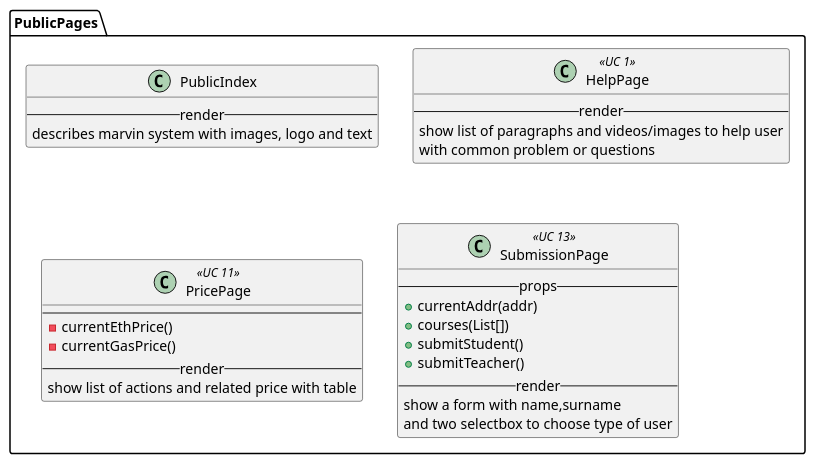
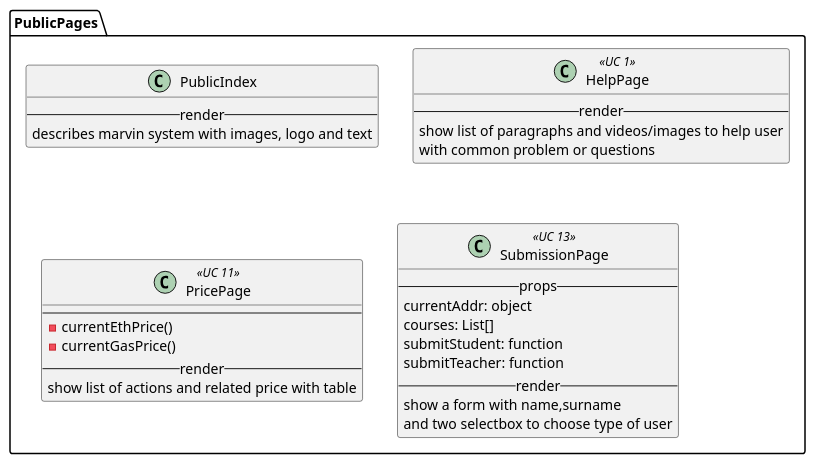
One commit to M9k/Marvin-Uml changed the diagram in react/public/index.iuml. Above: the diagram before and after it, drawn with PlantUML. The commit also changed 2 other files, not shown here.

Commit message:
Modifiche props teacher, university e public pages

```diff
--- a/react/public/index.iuml
+++ b/react/public/index.iuml
@@ -1,33 +1,33 @@
 package PublicPages {
 
   class PublicIndex {
     --render--
     describes marvin system with images, logo and text
   }
 
   class HelpPage <<UC 1>>{
     --render--
     show list of paragraphs and videos/images to help user
     with common problem or questions
   }
 
   class PricePage <<UC 11>> {
     ----
     - currentEthPrice()
     - currentGasPrice()
     --render--
     show list of actions and related price with table
   }
 
   class SubmissionPage <<UC 13>> {
     --props--
-    + currentAddr(addr)
-    + courses(List[])
-    + submitStudent()
-    + submitTeacher()
+    currentAddr: object
+    courses: List[]
+    submitStudent: function
+    submitTeacher: function
     --render--
     show a form with name,surname
     and two selectbox to choose type of user
   }
 
 }
```
